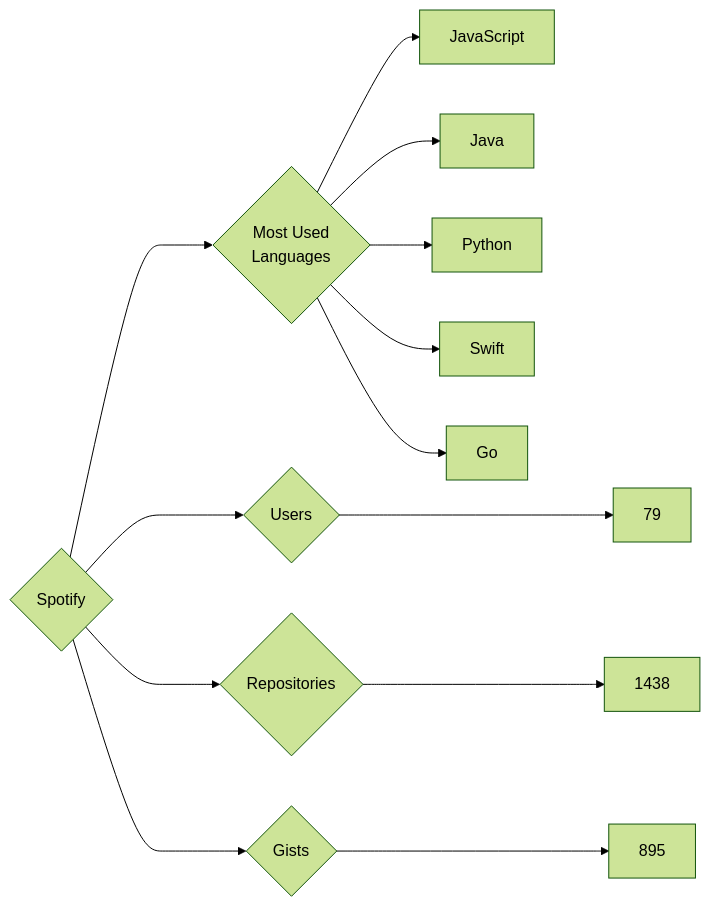
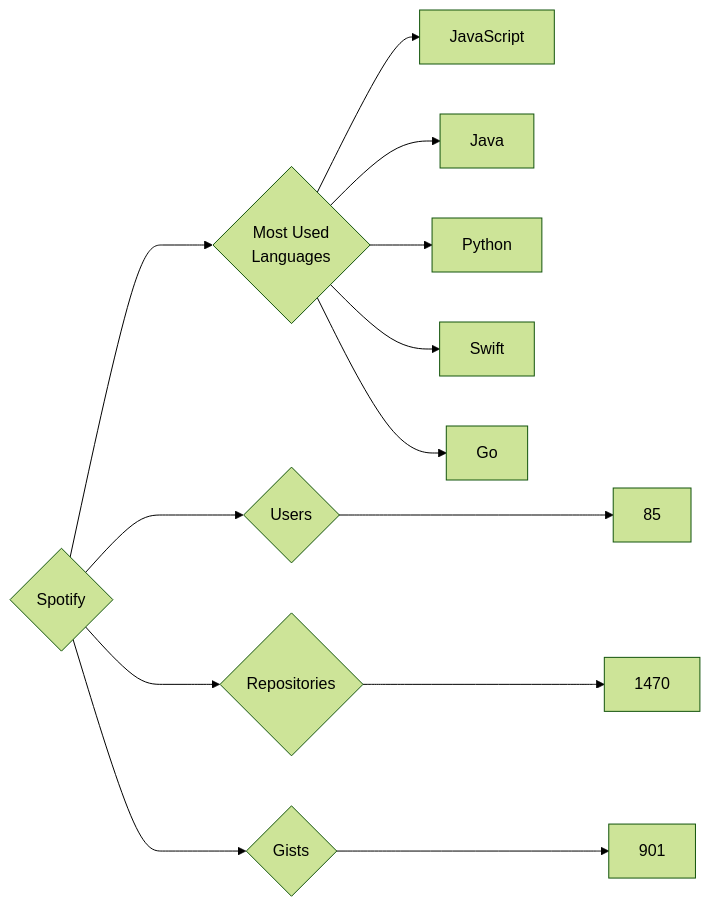
The diagram in targets/Spotify/README.md (trickest/insiders), drawn with Mermaid (forest theme) before and after one commit. The commit also changed 948 other files, not shown here.

````diff
--- a/targets/Spotify/README.md
+++ b/targets/Spotify/README.md
@@ -3,13 +3,13 @@
 ```mermaid
 graph LR
 COMPANY_NAME{Spotify}
-COMPANY_NAME ---> U{Users} ---> UN[79]
-COMPANY_NAME ---> R{Repositories} ---> RN[1438]
-COMPANY_NAME ---> G{Gists} ---> GN[895]
+COMPANY_NAME ---> U{Users} ---> UN[85]
+COMPANY_NAME ---> R{Repositories} ---> RN[1470]
+COMPANY_NAME ---> G{Gists} ---> GN[901]
 COMPANY_NAME ---> ML{Most Used<br>Languages}
 ML --> JavaScript[JavaScript]
 ML --> Java[Java]
 ML --> Python[Python]
 ML --> Swift[Swift]
 ML --> Go[Go]
 ```
````
